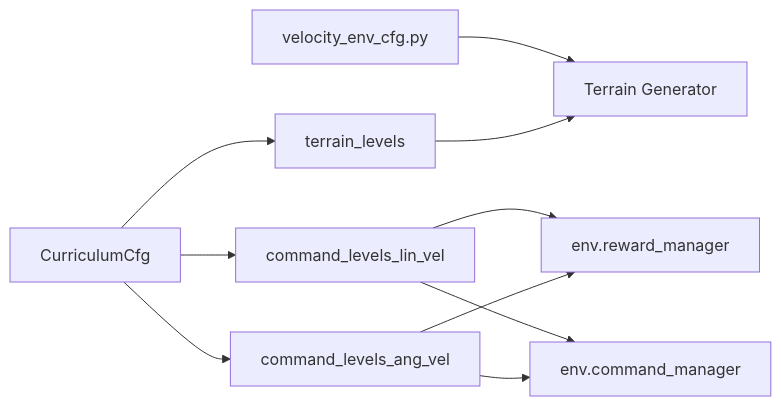
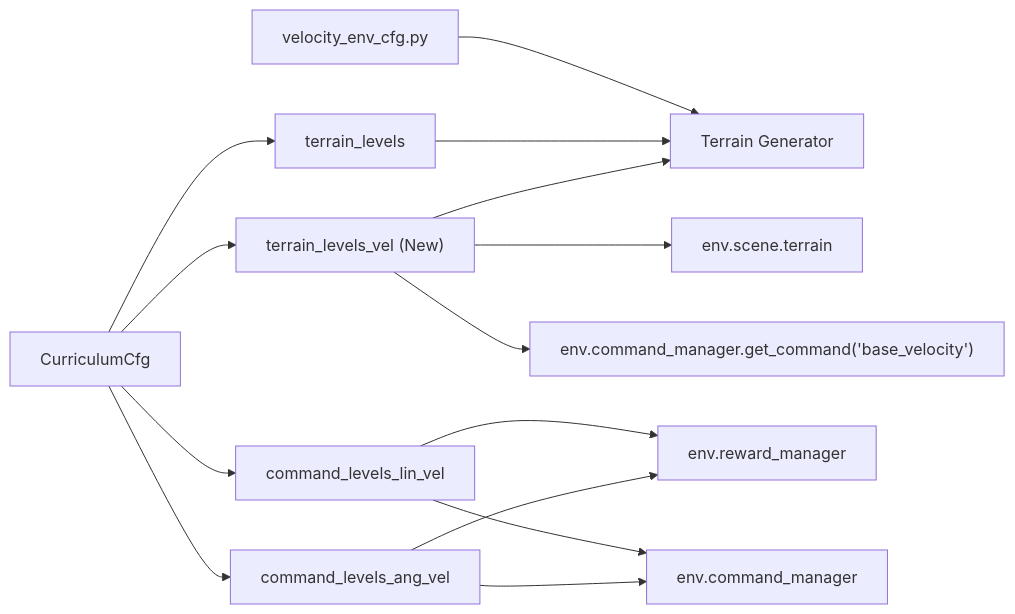
One commit to jayjayhust/robot_lab changed the eighth of 8 diagrams in .qoder/repowiki/en/content/Task Configuration Framework/Velocity-Based Locomotion Tasks/Curriculum Learning and Difficulty Progression.md. Above: the diagram before and after it, drawn with Mermaid. The commit also changed other lines of this file and 168 other files, not shown here.

````diff
--- a/.qoder/repowiki/en/content/Task Configuration Framework/Velocity-Based Locomotion Tasks/Curriculum Learning and Difficulty Progression.md
+++ b/.qoder/repowiki/en/content/Task Configuration Framework/Velocity-Based Locomotion Tasks/Curriculum Learning and Difficulty Progression.md
@@ -226,12 +340,16 @@
 ```mermaid
 graph LR
 Cfg["CurriculumCfg"] --> TLevels["terrain_levels"]
+Cfg --> TVel["terrain_levels_vel (New)"]
 Cfg --> CLin["command_levels_lin_vel"]
 Cfg --> CAng["command_levels_ang_vel"]
+TVel --> Terrain["env.scene.terrain"]
+TVel --> Command["env.command_manager.get_command('base_velocity')"]
 CLin --> RM["env.reward_manager"]
 CAng --> RM
 CLin --> CMD["env.command_manager"]
 CAng --> CMD
 EnvCfg["velocity_env_cfg.py"] --> TG["Terrain Generator"]
 TLevels --> TG
+TVel --> TG
 ```
````
